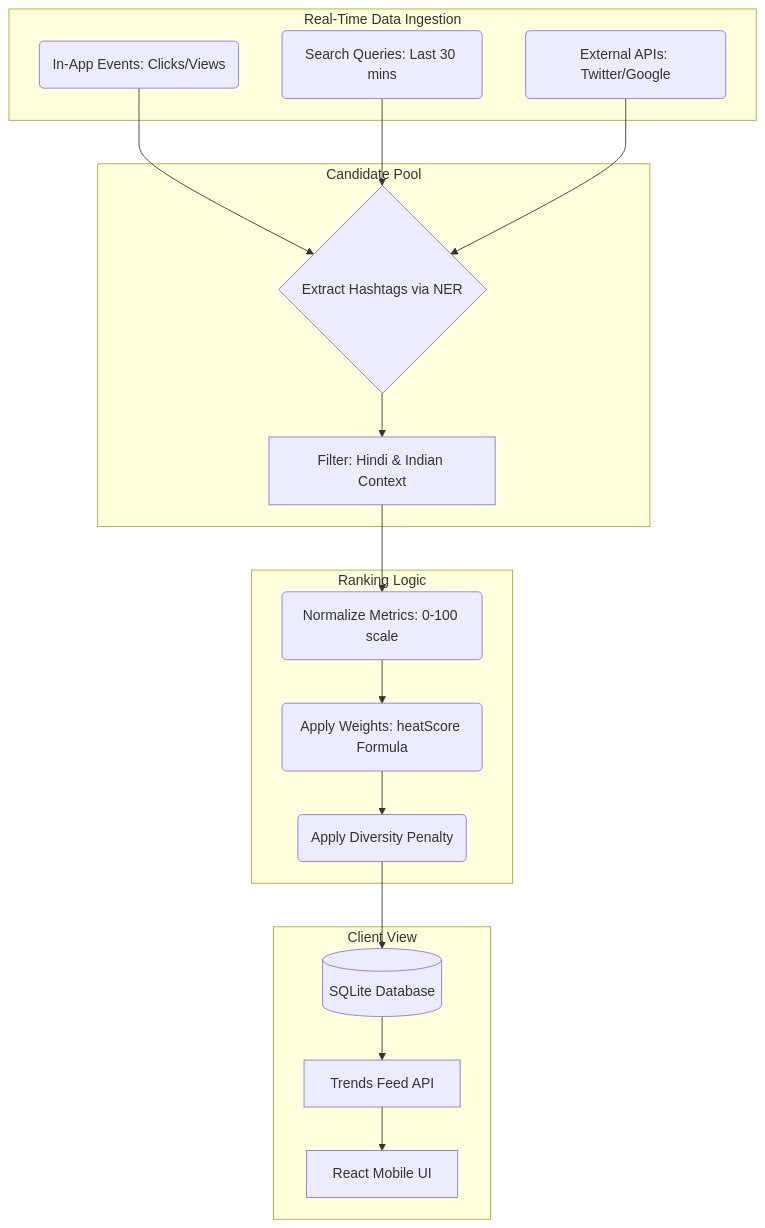
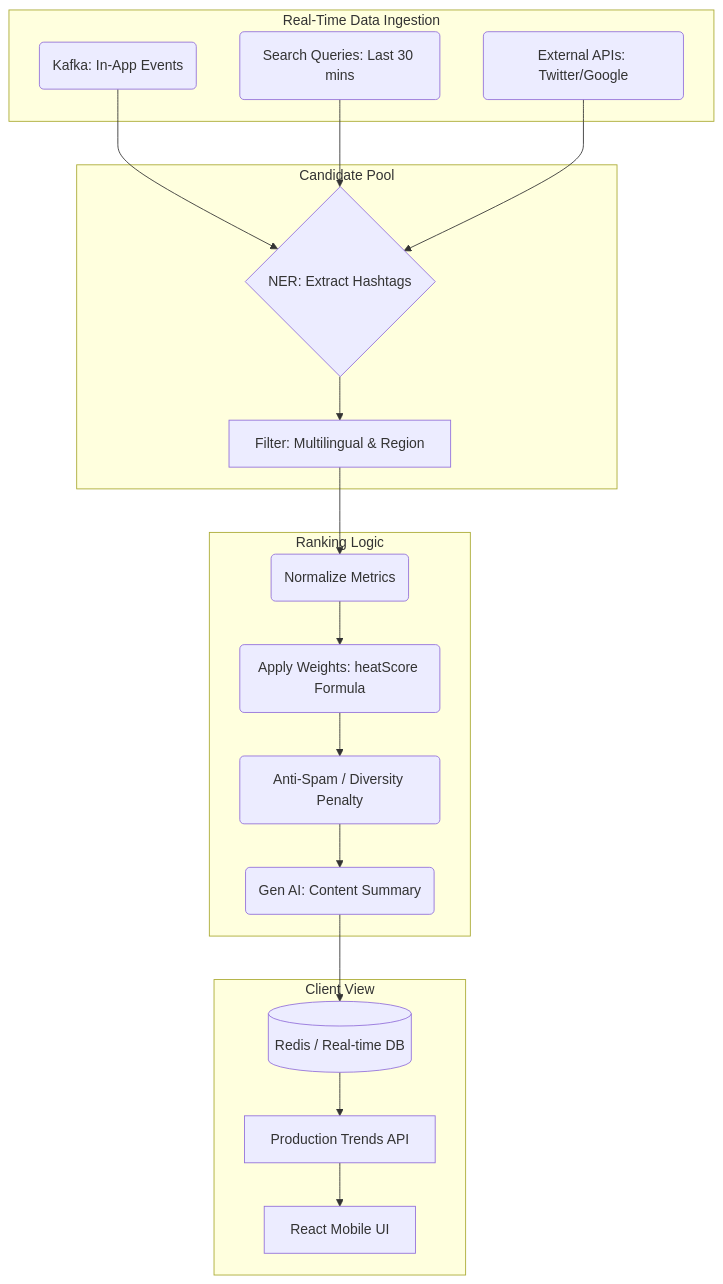
The second of 2 diagrams in README.md (RiyaSahu9918/sharechat_trends), drawn with Mermaid before and after one commit. The commit also changed other lines of this file, not shown here.

Commit message:
cleaned up the pipeline diagram

````diff
--- a/README.md
+++ b/README.md
@@ -30,38 +98,40 @@
 ```mermaid
 flowchart TD
     %% Define Nodes
     subgraph Data Sources [Real-Time Data Ingestion]
-        A1(In-App Events: Clicks/Views)
+        A1(Kafka: In-App Events)
         A2(Search Queries: Last 30 mins)
         A3(External APIs: Twitter/Google)
     end
 
     subgraph Candidate Generation [Candidate Pool]
-        B1{Extract Hashtags via NER}
-        B2[Filter: Hindi & Indian Context]
+        B1{NER: Extract Hashtags}
+        B2[Filter: Multilingual & Region]
     end
 
     subgraph Scoring Engine [Ranking Logic]
-        C1(Normalize Metrics: 0-100 scale)
+        C1(Normalize Metrics)
         C2(Apply Weights: heatScore Formula)
-        C3(Apply Diversity Penalty)
+        C3(Anti-Spam / Diversity Penalty)
+        C4(Gen AI: Content Summary)
     end
 
     subgraph Output & Delivery [Client View]
-        D1[(SQLite Database)]
-        D2[Trends Feed API]
+        D1[(Redis / Real-time DB)]
+        D2[Production Trends API]
         D3[React Mobile UI]
     end
 
     %% Define Flow
     A1 --> B1
     A2 --> B1
     A3 --> B1
     B1 --> B2
     B2 --> C1
     C1 --> C2
     C2 --> C3
-    C3 --> D1
+    C3 --> C4
+    C4 --> D1
     D1 --> D2
     D2 --> D3
 ```
````
